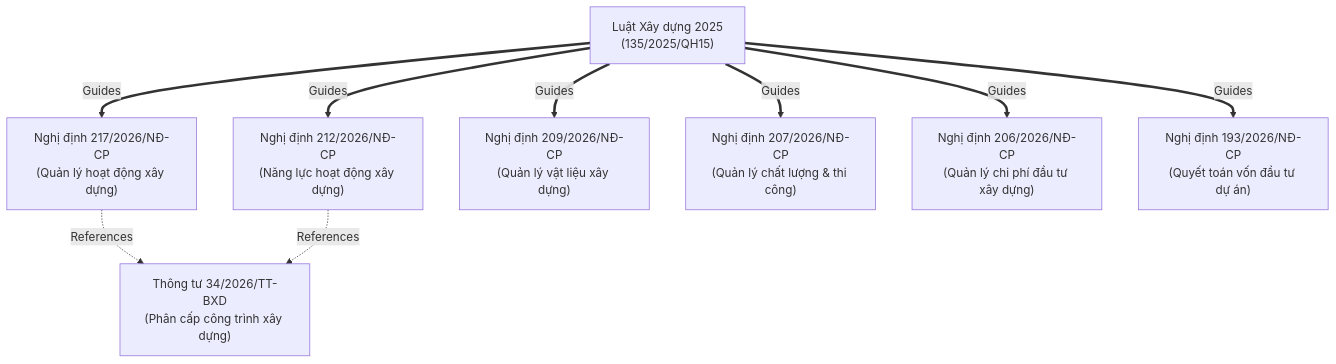
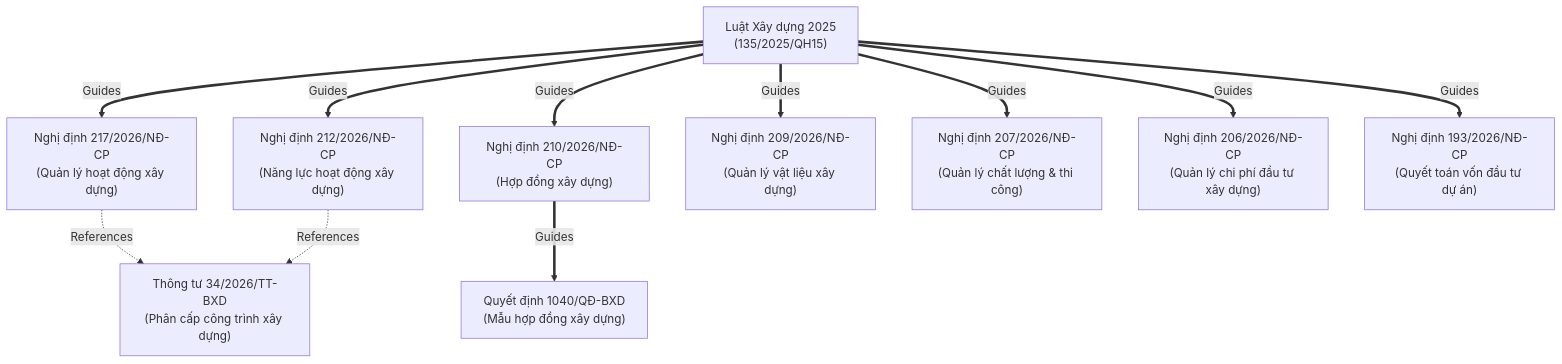
Before and after one commit to vvChu/ccba-agent-platform: the diagram in .md/legal_docs/luat_xay_dung_2025_so_135_2025_qh15/relationship_chart.md, drawn with Mermaid.

Commit message:
docs(legal): update LXD-2025 relationship diagram with contract decrees

````diff
--- a/.md/legal_docs/luat_xay_dung_2025_so_135_2025_qh15/relationship_chart.md
+++ b/.md/legal_docs/luat_xay_dung_2025_so_135_2025_qh15/relationship_chart.md
@@ -11,22 +11,27 @@
 ```mermaid
 graph TD
     Main["Luật Xây dựng 2025<br>(135/2025/QH15)"]
     
     ND217["Nghị định 217/2026/NĐ-CP<br>(Quản lý hoạt động xây dựng)"]
     ND212["Nghị định 212/2026/NĐ-CP<br>(Năng lực hoạt động xây dựng)"]
+    ND210["Nghị định 210/2026/NĐ-CP<br>(Hợp đồng xây dựng)"]
     ND209["Nghị định 209/2026/NĐ-CP<br>(Quản lý vật liệu xây dựng)"]
     ND207["Nghị định 207/2026/NĐ-CP<br>(Quản lý chất lượng & thi công)"]
     ND206["Nghị định 206/2026/NĐ-CP<br>(Quản lý chi phí đầu tư xây dựng)"]
     ND193["Nghị định 193/2026/NĐ-CP<br>(Quyết toán vốn đầu tư dự án)"]
+    
+    QD1040["Quyết định 1040/QĐ-BXD<br>(Mẫu hợp đồng xây dựng)"]
     TT34["Thông tư 34/2026/TT-BXD<br>(Phân cấp công trình xây dựng)"]
 
     Main ==>|Guides| ND217
     Main ==>|Guides| ND212
+    Main ==>|Guides| ND210
     Main ==>|Guides| ND209
     Main ==>|Guides| ND207
     Main ==>|Guides| ND206
     Main ==>|Guides| ND193
     
+    ND210 ==>|Guides| QD1040
     ND217 -.->|References| TT34
     ND212 -.->|References| TT34
 ```
````
